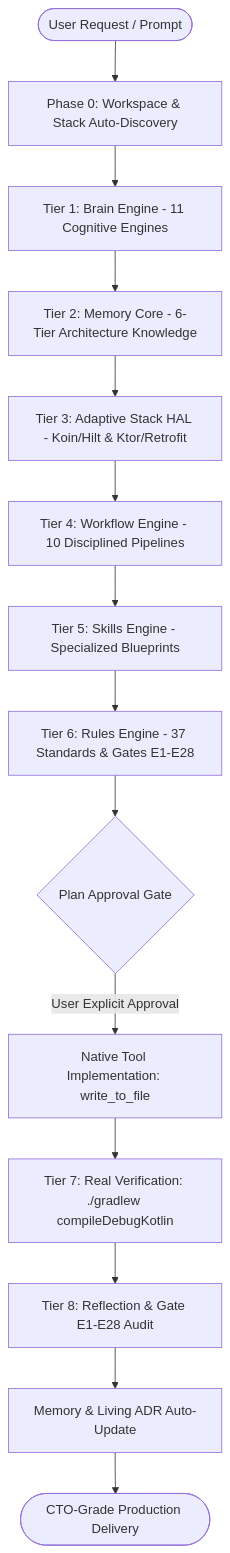
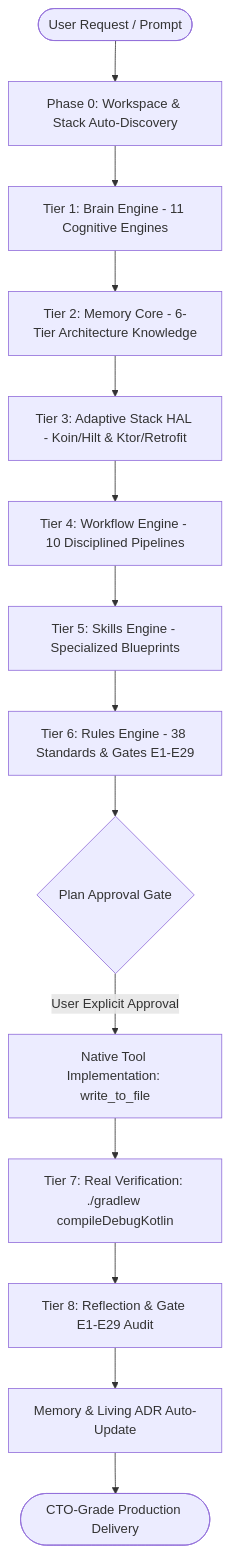
Before and after one commit to vinhvox/Anti-Vibe-Coding-Android-Engine: the second of 3 diagrams in README.md, drawn with Mermaid. The commit also changed other lines of this file and 8 other files, not shown here.

First line of the commit message:
feat(rules): synchronize Google Play Device & Network Abuse Standard (Rule 38 + Gate E29)

````diff
--- a/README.md
+++ b/README.md
@@ -92,16 +92,16 @@
 ```mermaid
 flowchart TD
     User([User Request / Prompt]) --> Phase0[Phase 0: Workspace & Stack Auto-Discovery]
     Phase0 --> Brain[Tier 1: Brain Engine - 11 Cognitive Engines]
     Brain --> Memory[Tier 2: Memory Core - 6-Tier Architecture Knowledge]
     Memory --> HAL[Tier 3: Adaptive Stack HAL - Koin/Hilt & Ktor/Retrofit]
     HAL --> Workflow[Tier 4: Workflow Engine - 10 Disciplined Pipelines]
     Workflow --> Skills[Tier 5: Skills Engine - Specialized Blueprints]
-    Skills --> Rules[Tier 6: Rules Engine - 37 Standards & Gates E1-E28]
+    Skills --> Rules[Tier 6: Rules Engine - 38 Standards & Gates E1-E29]
     Rules --> PlanGate{Plan Approval Gate}
     PlanGate -->|User Explicit Approval| Implementation[Native Tool Implementation: write_to_file]
     Implementation --> Verification[Tier 7: Real Verification: ./gradlew compileDebugKotlin]
-    Verification --> Reflection[Tier 8: Reflection & Gate E1-E28 Audit]
+    Verification --> Reflection[Tier 8: Reflection & Gate E1-E29 Audit]
     Reflection --> MemoryUpdate[Memory & Living ADR Auto-Update]
     MemoryUpdate --> FinalDelivery([CTO-Grade Production Delivery])
 ```
````
